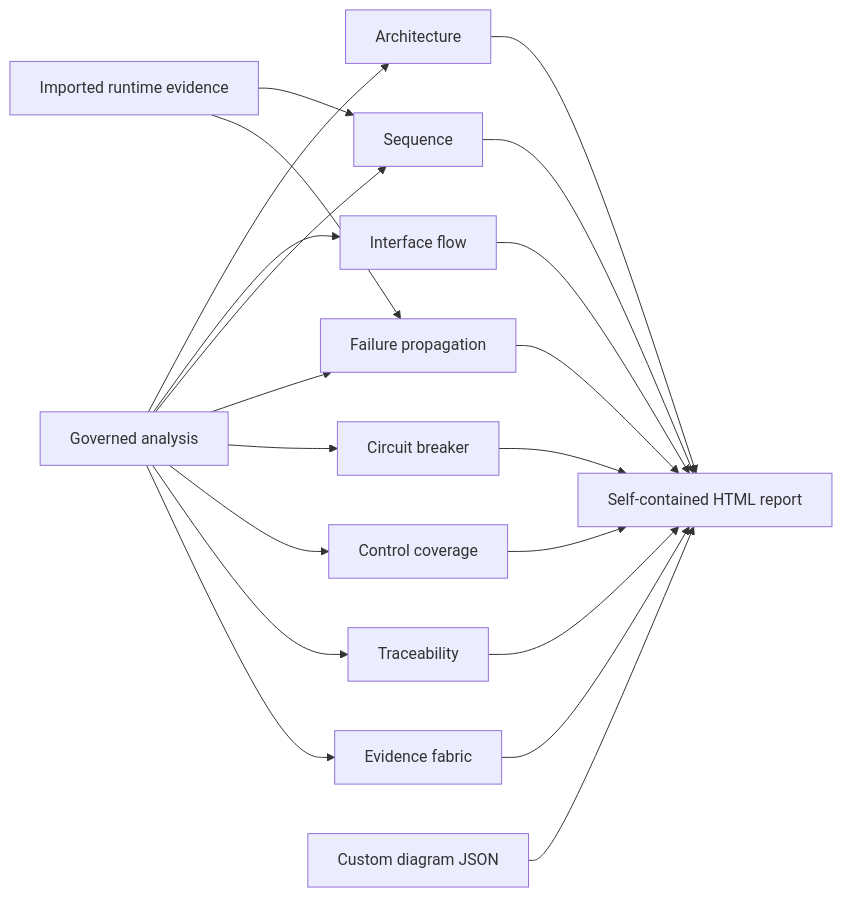
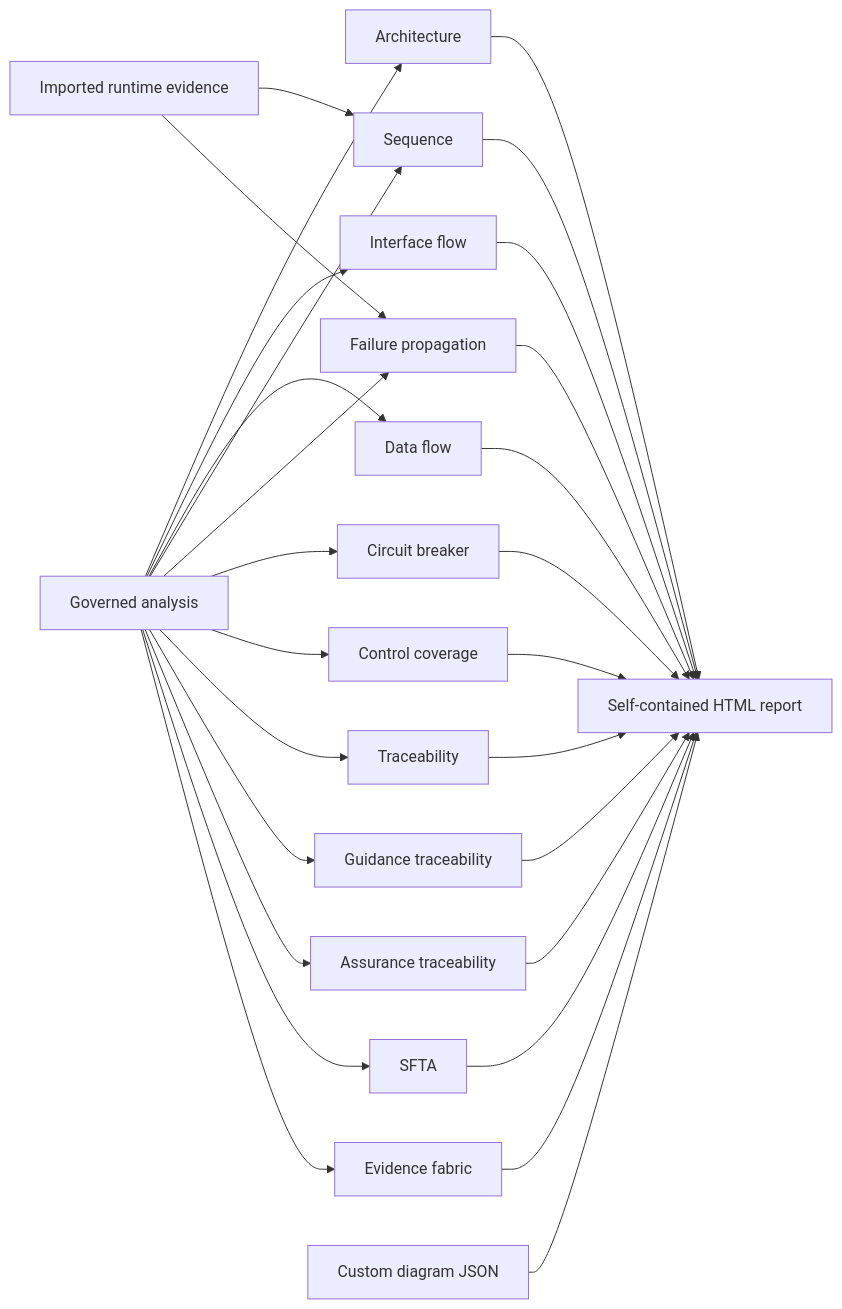
The diagram in docs/DIAGRAMS.md (willtran87/project-py-sfmea), drawn with Mermaid before and after one commit. The commit also changed 11 other files, not shown here.

Commit message:
Refresh generated-test documentation and diagrams

````diff
--- a/docs/DIAGRAMS.md
+++ b/docs/DIAGRAMS.md
@@ -13,22 +13,30 @@
 ```mermaid
 flowchart LR
     A["Governed analysis"] --> AR["Architecture"]
     A --> IF["Interface flow"]
+    A --> DF["Data flow"]
     A --> SQ["Sequence"]
     A --> FP["Failure propagation"]
     A --> CB["Circuit breaker"]
     A --> CC["Control coverage"]
     A --> TR["Traceability"]
+    A --> GT["Guidance traceability"]
+    A --> AT["Assurance traceability"]
+    A --> ST["SFTA"]
     A --> XR["Evidence fabric"]
     RT["Imported runtime evidence"] --> SQ
     RT --> FP
     CT["Custom diagram JSON"] --> RP["Self-contained HTML report"]
     AR --> RP
     IF --> RP
+    DF --> RP
     SQ --> RP
     FP --> RP
     CB --> RP
     CC --> RP
     TR --> RP
+    GT --> RP
+    AT --> RP
+    ST --> RP
     XR --> RP
 ```
````
